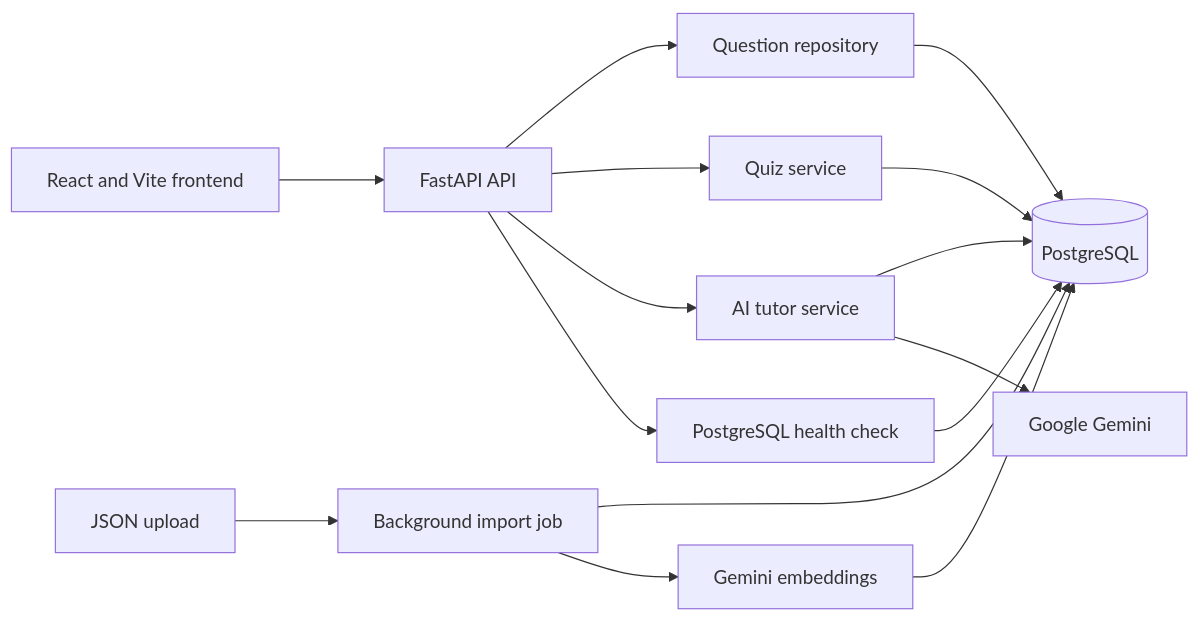
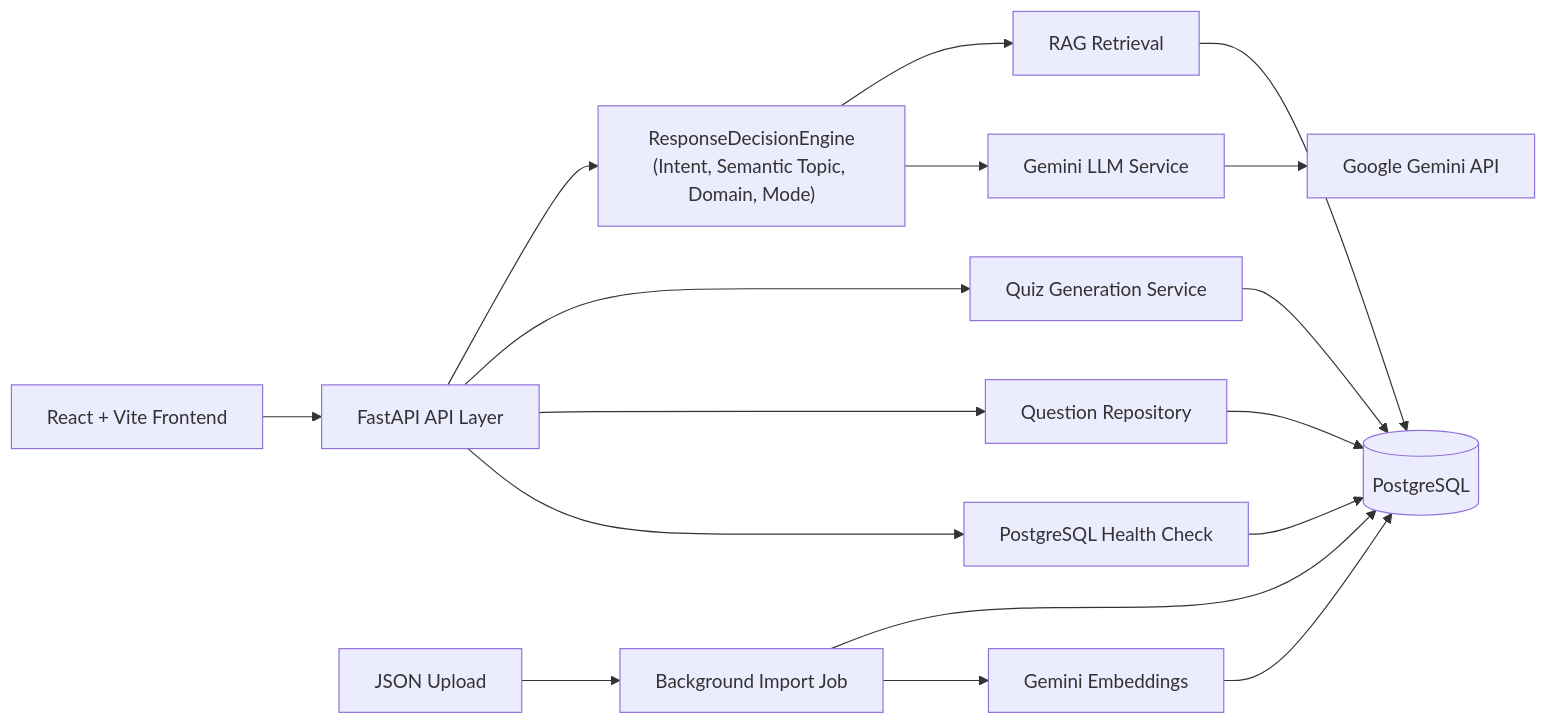
Before and after one commit to ram-git-code/AI-ML-2: the diagram in backend/README.md, drawn with Mermaid. The commit also changed other lines of this file and 15 other files, not shown here.

````diff
--- a/backend/README.md
+++ b/backend/README.md
@@ -7,17 +9,19 @@
 ```mermaid
 flowchart LR
-		UI[React and Vite frontend] --> API[FastAPI API]
-		API --> QRepo[Question repository]
-		QRepo --> PG[(PostgreSQL)]
-		API --> Quiz[Quiz service]
-		Quiz --> PG
-		API --> Tutor[AI tutor service]
-		Tutor --> PG
-		Tutor --> Gemini[Google Gemini]
-		Upload[JSON upload] --> Jobs[Background import job]
-		Jobs --> PG
-		Jobs --> Embed[Gemini embeddings]
-		Embed --> PG
-		API --> Health[PostgreSQL health check]
-		Health --> PG
+    UI[React + Vite Frontend] --> API[FastAPI API Layer]
+    API --> DecisionEngine["ResponseDecisionEngine\n(Intent, Semantic Topic, Domain, Mode)"]
+    DecisionEngine --> RAG[RAG Retrieval]
+    DecisionEngine --> LLM[Gemini LLM Service]
+    API --> Quiz[Quiz Generation Service]
+    API --> QRepo[Question Repository]
+    QRepo --> PG[(PostgreSQL)]
+    Quiz --> PG
+    RAG --> PG
+    LLM --> Gemini[Google Gemini API]
+    Upload[JSON Upload] --> Jobs[Background Import Job]
+    Jobs --> PG
+    Jobs --> Embed[Gemini Embeddings]
+    Embed --> PG
+    API --> Health[PostgreSQL Health Check]
+    Health --> PG
 ```
````
